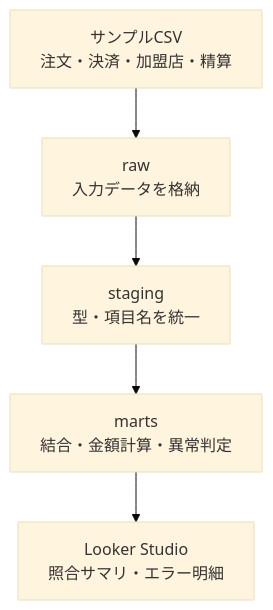
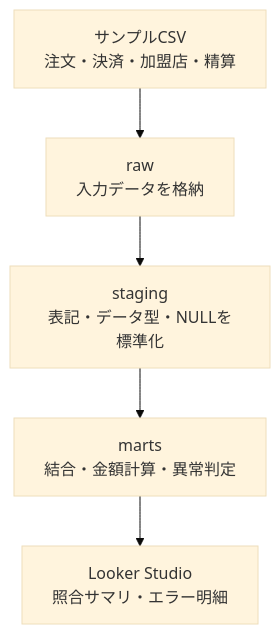
One commit to Naohide-Sugita/payment-reconciliation-data-mart changed the diagram in README.md. Above: the diagram before and after it, drawn with Mermaid (base theme). The commit also changed other lines of this file, not shown here.

````diff
--- a/README.md
+++ b/README.md
@@ -9,10 +9,10 @@
 ```mermaid
 flowchart TD
     CSV["サンプルCSV<br/>注文・決済・加盟店・精算"]
     RAW["raw<br/>入力データを格納"]
-    STG["staging<br/>型・項目名を統一"]
+    STG["staging<br/>表記・データ型・NULLを標準化"]
     MARTS["marts<br/>結合・金額計算・異常判定"]
     BI["Looker Studio<br/>照合サマリ・エラー明細"]
 
     CSV --> RAW --> STG --> MARTS --> BI
 ```
````
